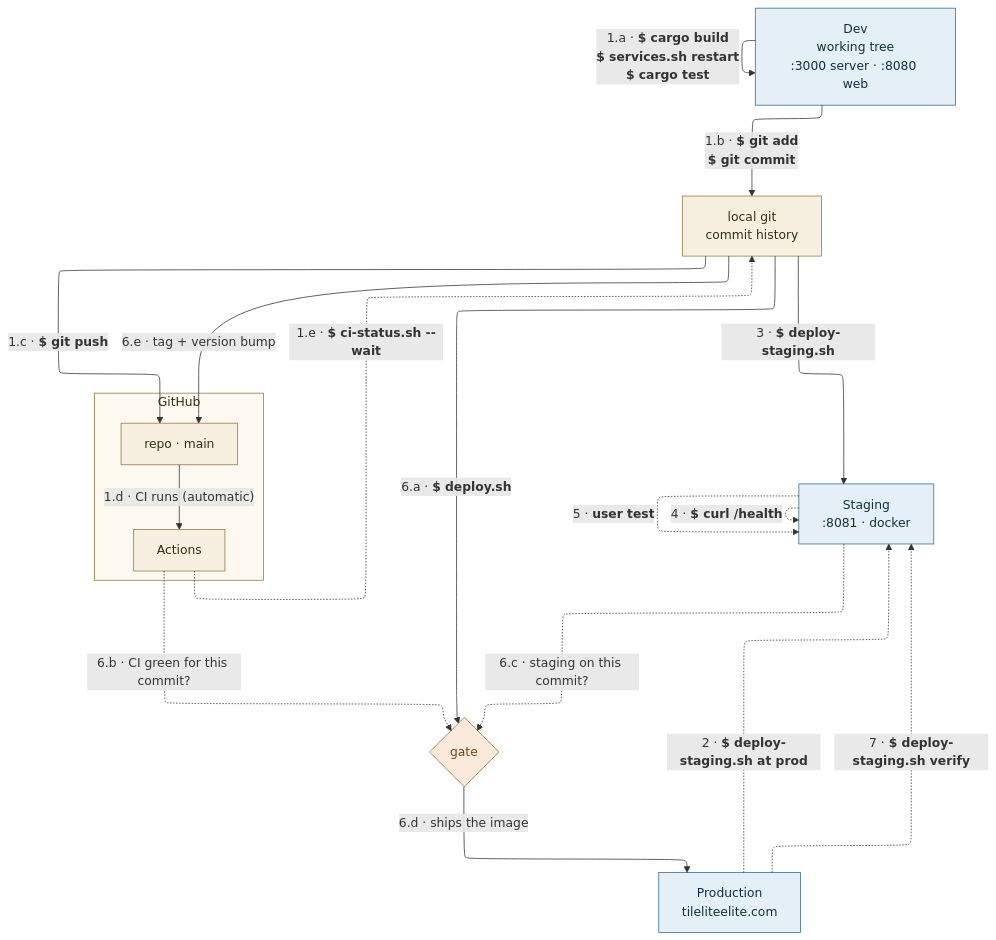
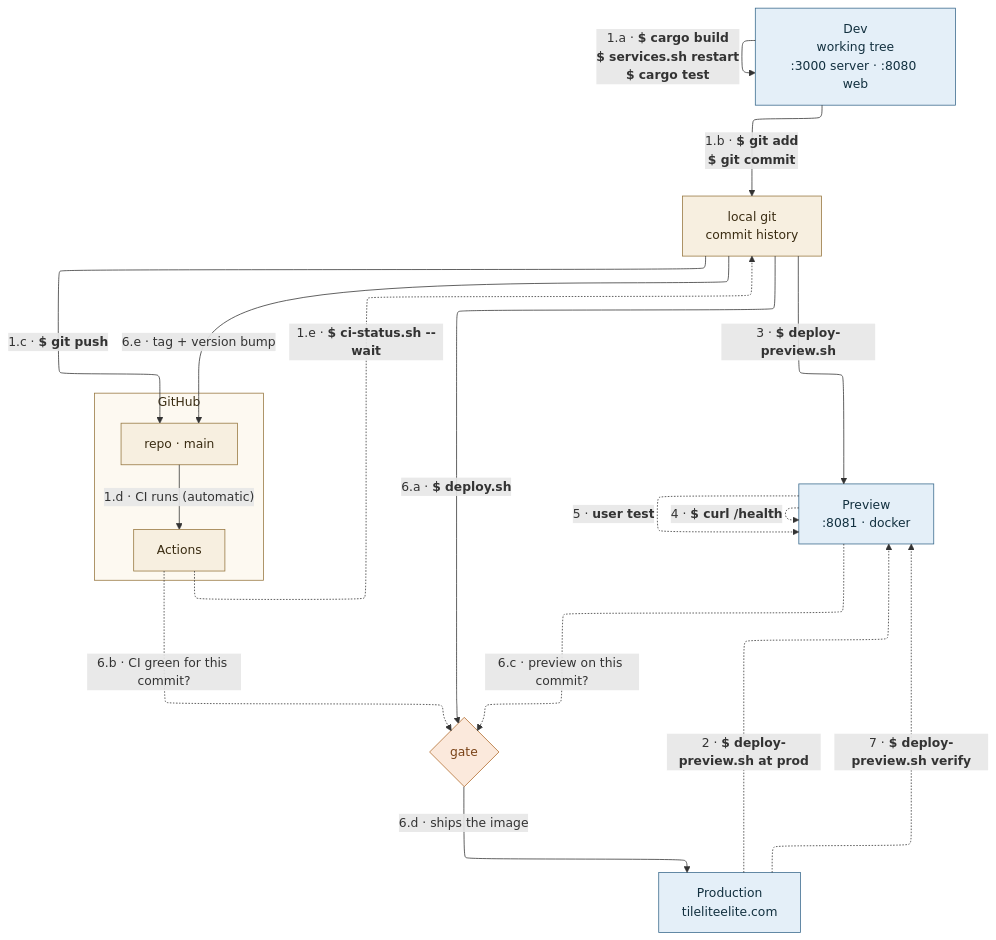
The diagram in docs/diagrams/release-flow.mmd (SteveStyle/scrabble-px), drawn with Mermaid before and after one commit. The commit also changed 21 other files, not shown here.

```diff
--- a/docs/diagrams/release-flow.mmd
+++ b/docs/diagrams/release-flow.mmd
@@ -1,79 +1,79 @@
 ---
 config:
   layout: elk
   elk:
     nodePlacementStrategy: BRANDES_KOEPF
 ---
 flowchart TB
     %% Line language, applied consistently:
     %%   -->    code moves, in the direction it moves
     %%   -.->   an answer comes back — a query, nothing shipped
     %% Bold is an action somebody takes; normal weight is something that
     %% happens on its own or a question being asked. Bold comes from
     %% mermaid markdown strings (backtick-quoted labels) rather than <b>,
     %% which leaks literally while htmlLabels is false.
     %% .
     %% Every arrow is numbered, in the order events happen, so the whole
     %% sequence can be followed by reading the numbers. A letter suffix
     %% breaks one runbook step into its ordered parts — 1.a-1.e are things
     %% you do, 6.a-6.e are what one command does on your behalf.
     %% .
     %%   {  }   a decision on an action arrow — the action stops here and
     %%          is tested before it continues. Checks feed into it.
     %% .
     %% .
     %% The gate is a decision on the *action*, not a property of production:
     %% it happens inside deploy.sh, before anything ships, and the two
     %% checks are inputs to it. Drawing it as arrows into Production implied
     %% a relationship between Actions and Production that does not exist.
     %% .
     %% No linkStyle anywhere: the shapes carry the meaning. Edge indices
     %% silently pointed at the wrong arrows four times when they did.
     %% .
     %% Steps 3 and 6.a start at local git rather than Dev on purpose, and
     %% this is literally true of the scripts: both check the commit out into
     %% a throwaway git worktree and build that, so the working tree cannot
     %% reach either environment. Do not "correct" these to start at DEV.
     DEV["Dev<br/>working tree<br/>:3000 server · :8080 web"]
-    STG["Staging<br/>:8081 · docker"]
+    STG["Preview<br/>:8081 · docker"]
     PROD["Production<br/>tileliteelite.com"]
     LG["local git<br/>commit history"]
     subgraph GH["GitHub"]
         REPO["repo · main"]
         ACT["Actions"]
     end
 
 
     DEV ~~~ STG
     STG ~~~ GATE
-    %% Without this, ELK floats Production up beside Staging and "ships the
-    %% image" points upward. Pinning it after Staging puts the environments
+    %% Without this, ELK floats Production up beside Preview and "ships the
+    %% image" points upward. Pinning it after Preview puts the environments
     %% in descending order and the deploy flow downward through the gate.
     STG ~~~ PROD
 
     DEV -->|"`1.a · **$ cargo build**
 **$ services.sh restart**
 **$ cargo test**`"| DEV
     DEV -->|"`1.b · **$ git add**
 **$ git commit**`"| LG
     LG -->|"`1.c · **$ git push**`"| REPO
     REPO -->|"1.d · CI runs (automatic)"| ACT
     ACT -.->|"`1.e · **$ ci-status.sh --wait**`"| LG
-    PROD -.->|"`2 · **$ deploy-staging.sh at prod**`"| STG
-    LG -->|"`3 · **$ deploy-staging.sh**`"| STG
+    PROD -.->|"`2 · **$ deploy-preview.sh at prod**`"| STG
+    LG -->|"`3 · **$ deploy-preview.sh**`"| STG
     STG -.->|"`4 · **$ curl /health**`"| STG
     STG -.->|"`5 · **user test**`"| STG
     LG -->|"`6.a · **$ deploy.sh**`"| GATE{"gate"}
     GATE -->|"6.d · ships the image"| PROD
     ACT -.->|"6.b · CI green for this commit?"| GATE
-    STG -.->|"6.c · staging on this commit?"| GATE
+    STG -.->|"6.c · preview on this commit?"| GATE
     LG -->|"6.e · tag + version bump"| REPO
-    PROD -.->|"`7 · **$ deploy-staging.sh verify**`"| STG
+    PROD -.->|"`7 · **$ deploy-preview.sh verify**`"| STG
 
     classDef gate fill:#fbe9dc,stroke:#b06a2c,color:#7a4318
     classDef env fill:#e4eff8,stroke:#39698c,color:#12303f
     classDef repo fill:#f7efe0,stroke:#96763f,color:#3a2c12
     class DEV,STG,PROD env
     class LG,REPO,ACT repo
     class GATE gate
     style GH fill:#fdf9f1,stroke:#96763f,color:#3a2c12
```
